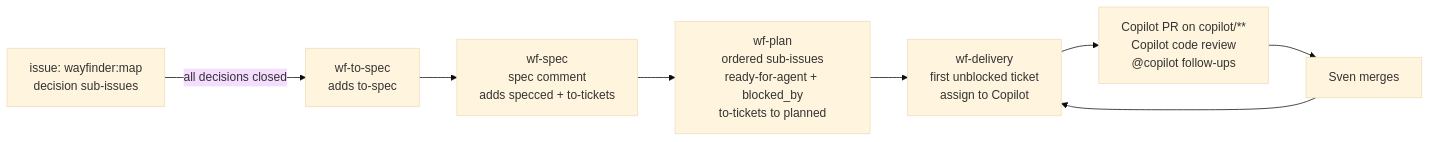
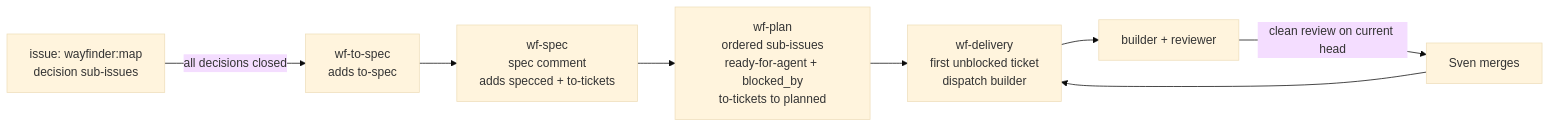
Before and after one commit to svennijhuis/agentic-workflows: the fourth of 5 diagrams in workflows/README.md, drawn with Mermaid (base theme). The commit also changed other lines of this file and 455 other files, not shown here.

First line of the commit message:
Own builder and reviewer replace Copilot cloud agent; retro after merge

````diff
--- a/workflows/README.md
+++ b/workflows/README.md
@@ -78,10 +122,10 @@
 ```mermaid
 flowchart LR
   M[issue: wayfinder:map<br/>decision sub-issues] -->|all decisions closed| TS[wf-to-spec<br/>adds to-spec]
   TS --> SP[wf-spec<br/>spec comment<br/>adds specced + to-tickets]
   SP --> PL[wf-plan<br/>ordered sub-issues<br/>ready-for-agent + blocked_by<br/>to-tickets to planned]
-  PL --> DL[wf-delivery<br/>first unblocked ticket<br/>assign to Copilot]
-  DL --> PR[Copilot PR on copilot/**<br/>Copilot code review<br/>@copilot follow-ups]
-  PR --> SV[Sven merges]
+  PL --> DL[wf-delivery<br/>first unblocked ticket<br/>dispatch builder]
+  DL --> BR[builder + reviewer]
+  BR -->|clean review on current head| SV[Sven merges]
   SV --> DL
 ```
````
